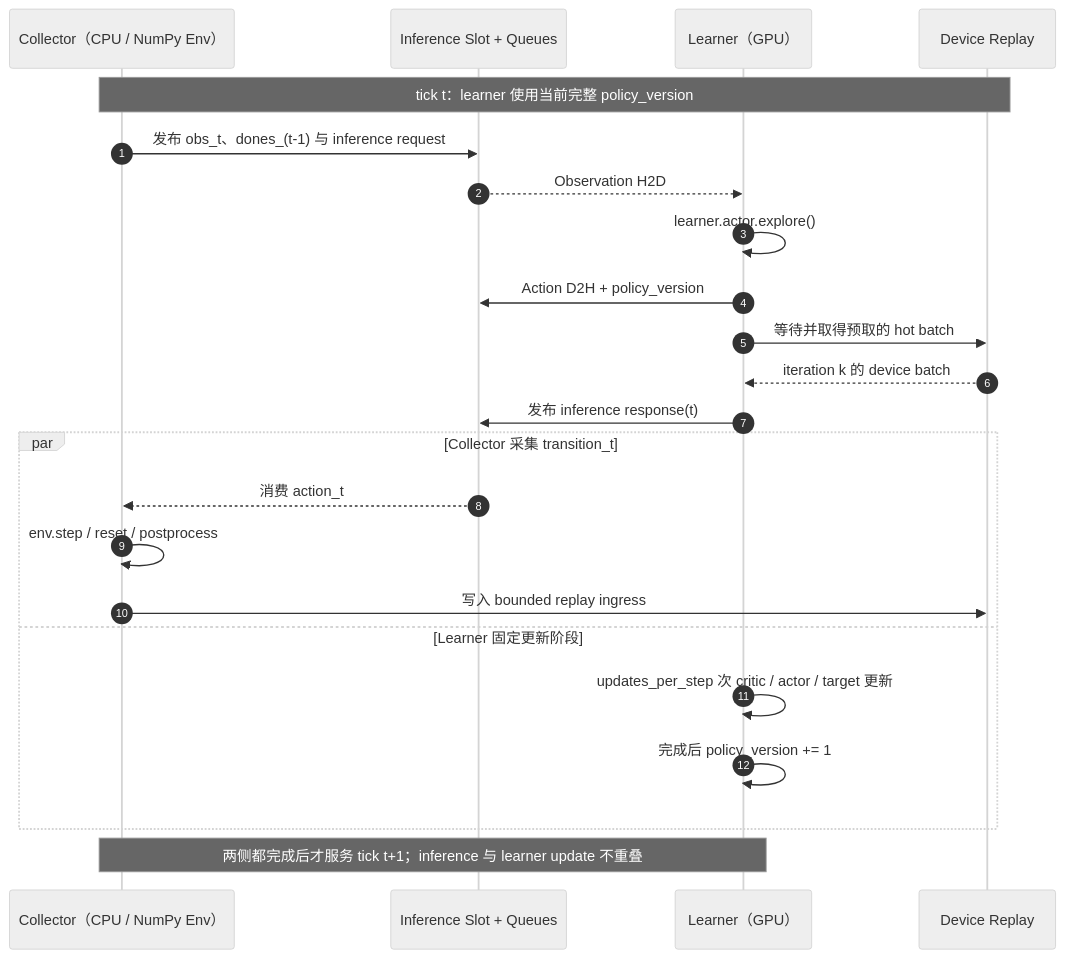
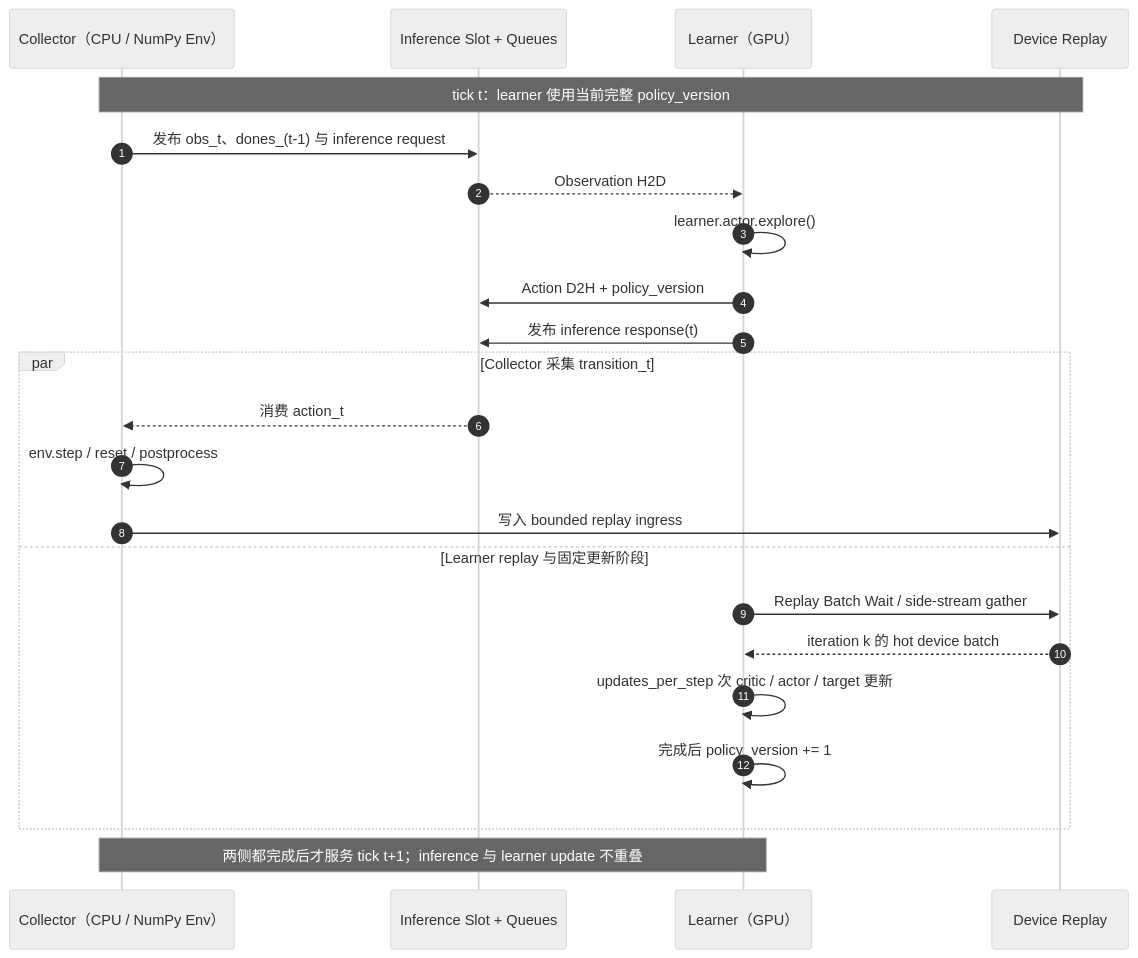
The first of 2 diagrams in docs/sphinx/source/zh_CN/2-user_guide/1-training/3-logging.md (Motphys/UniLab), drawn with Mermaid (neutral theme) before and after one commit. The commit also changed other lines of this file and 3 other files, not shown here.

Commit message:
perf(offpolicy): overlap env interaction with replay wait

````diff
--- a/docs/sphinx/source/zh_CN/2-user_guide/1-training/3-logging.md
+++ b/docs/sphinx/source/zh_CN/2-user_guide/1-training/3-logging.md
@@ -120,28 +121,28 @@
 ```{mermaid}
 sequenceDiagram
     autonumber
     participant C as Collector（CPU / NumPy Env）
     participant I as Inference Slot + Queues
     participant L as Learner（GPU）
     participant R as Device Replay
 
     Note over C,R: tick t：learner 使用当前完整 policy_version
     C->>I: 发布 obs_t、dones_(t-1) 与 inference request
     I-->>L: Observation H2D
     L->>L: learner.actor.explore()
     L->>I: Action D2H + policy_version
-    L->>R: 等待并取得预取的 hot batch
-    R-->>L: iteration k 的 device batch
     L->>I: 发布 inference response(t)
 
     par Collector 采集 transition_t
         I-->>C: 消费 action_t
         C->>C: env.step / reset / postprocess
         C->>R: 写入 bounded replay ingress
-    and Learner 固定更新阶段
+    and Learner replay 与固定更新阶段
+        L->>R: Replay Batch Wait / side-stream gather
+        R-->>L: iteration k 的 hot device batch
         L->>L: updates_per_step 次 critic / actor / target 更新
         L->>L: 完成后 policy_version += 1
     end
 
     Note over C,L: 两侧都完成后才服务 tick t+1；inference 与 learner update 不重叠
 ```
````
